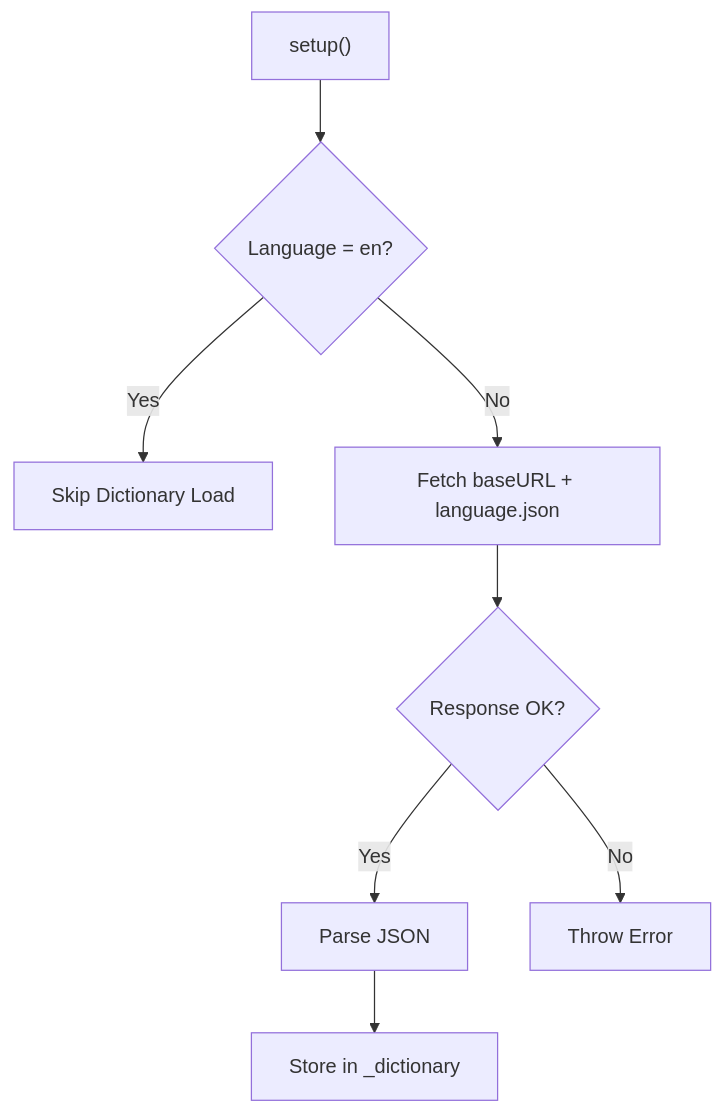
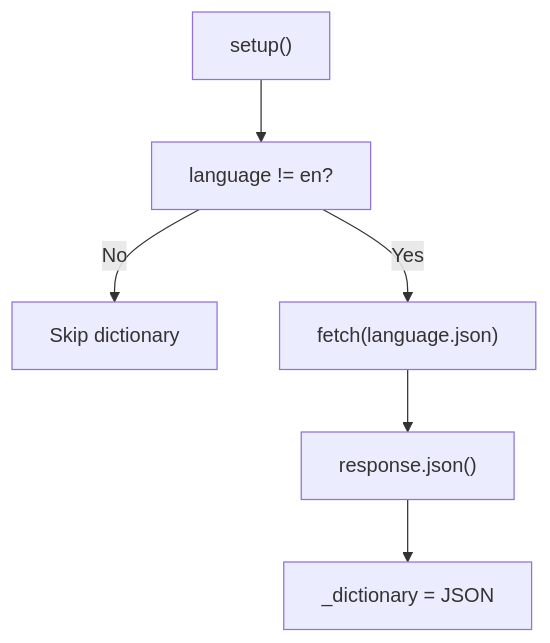
One commit to Ylianst/MeshCentral changed the third of 6 diagrams in docs/reference/architecture/localization/localization.md. Above: the diagram before and after it, drawn with Mermaid. The commit also changed other lines of this file and 642 other files, not shown here.

````diff
--- a/docs/reference/architecture/localization/localization.md
+++ b/docs/reference/architecture/localization/localization.md
@@ -114,10 +128,8 @@
 ```mermaid
 flowchart TD
-    Setup["setup()"] --> CheckLang{"Language = en?"}
-    CheckLang -->|"Yes"| Skip["Skip Dictionary Load"]
-    CheckLang -->|"No"| Fetch["Fetch baseURL + language.json"]
-    Fetch --> CheckResponse{"Response OK?"}
-    CheckResponse -->|"Yes"| Parse["Parse JSON"]
-    CheckResponse -->|"No"| Error["Throw Error"]
-    Parse --> Store["Store in _dictionary"]
+    Setup["setup()"] --> CheckLang["language != en?"]
+    CheckLang -->|"No"| Skip["Skip dictionary"]
+    CheckLang -->|"Yes"| Fetch["fetch(language.json)"]
+    Fetch --> Parse["response.json()"]
+    Parse --> Store["_dictionary = JSON"]
 ```
````
